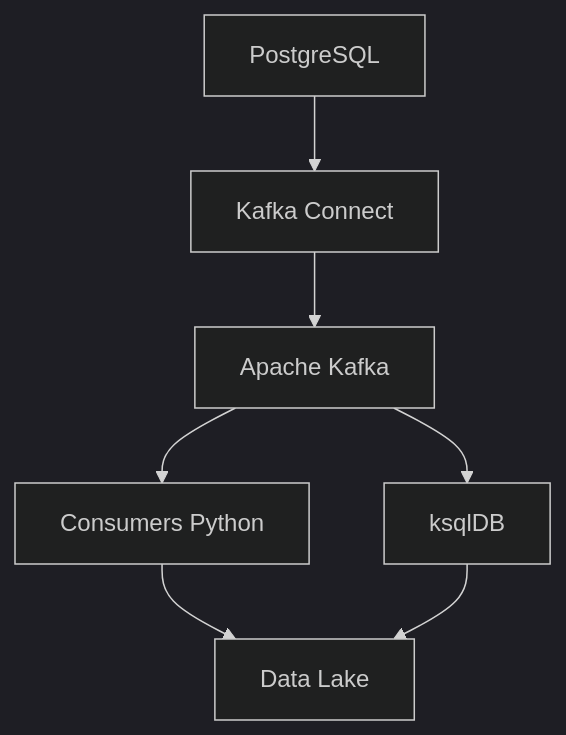
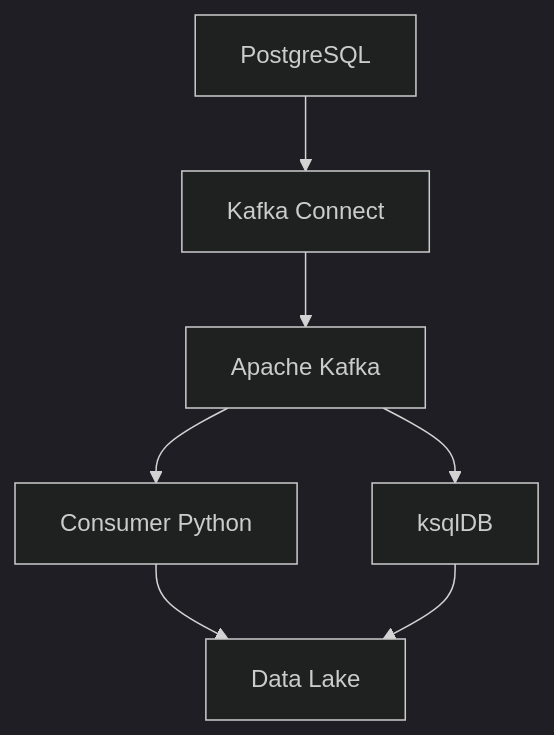
One commit to RafaelLF1985/kafka-streaming-architecture changed the diagram in README.md. Above: the diagram before and after it, drawn with Mermaid (dark theme). The commit also changed other lines of this file, not shown here.

Commit message:
Ajusta diagrama Mermaid

````diff
--- a/README.md
+++ b/README.md
@@ -3,10 +3,9 @@
 ```mermaid
-flowchart TD
-
-A[PostgreSQL] --> B[Kafka Connect]
-B --> C[Apache Kafka]
-C --> D[Consumers Python]
-C --> E[ksqlDB]
-D --> F[Data Lake]
-E --> F
+graph TD
+    A[PostgreSQL] --> B[Kafka Connect]
+    B --> C[Apache Kafka]
+    C --> D[Consumer Python]
+    C --> E[ksqlDB]
+    D --> F[Data Lake]
+    E --> F
 ```
````
